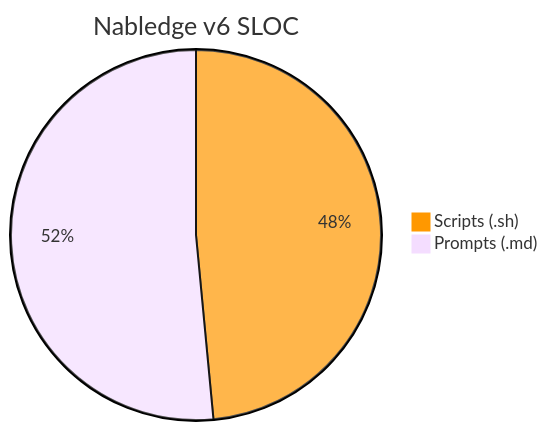
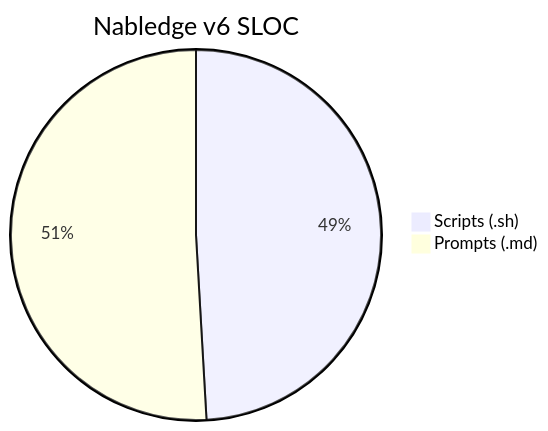
One commit to nablarch/nabledge-dev changed the ninth of 14 diagrams in docs/metrics.md. Above: the diagram before and after it, drawn with Mermaid. The commit also changed other lines of this file and 1 other file, not shown here.

````diff
--- a/docs/metrics.md
+++ b/docs/metrics.md
@@ -129,6 +129,5 @@
 ```mermaid
-%%{init: {'theme': 'base', 'themeVariables': {'pie1': '#FF9800'}}}%%
 pie title Nabledge v6 SLOC
-  "Scripts (.sh)" : 951
-  "Prompts (.md)" : 1010
+  "Scripts (.sh)" : 948
+  "Prompts (.md)" : 983
 ```
````
